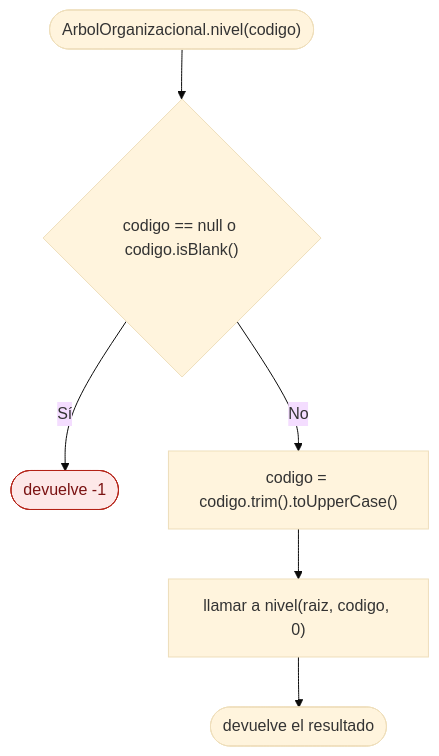
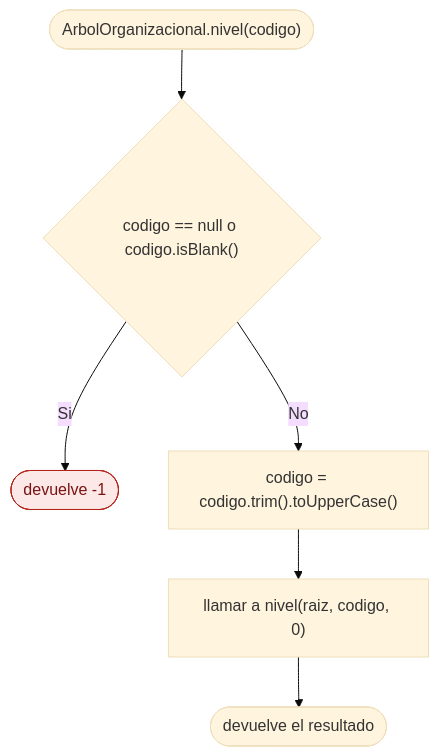
Before and after one commit to Damienq7w/APE3-Arboles-Integrado: the second of 3 diagrams in docs/diagramas-flujo/flujo_grado_nivel.md, drawn with Mermaid (base theme). The commit also changed other lines of this file and 1 other file, not shown here.

````diff
--- a/docs/diagramas-flujo/flujo_grado_nivel.md
+++ b/docs/diagramas-flujo/flujo_grado_nivel.md
@@ -50,10 +50,10 @@
 ```mermaid
 flowchart TD
     classDef fallo fill:#fde8e8,stroke:#b42318,color:#7a1212
     A(["ArbolOrganizacional.nivel(codigo)"]) --> B{"codigo == null o codigo.isBlank()"}
-    B -- Sí --> X(["devuelve -1"])
+    B -- Si --> X(["devuelve -1"])
     B -- No --> C["codigo = codigo.trim().toUpperCase()"]
     C --> D["llamar a nivel(raiz, codigo, 0)"]
     D --> E(["devuelve el resultado"])
     class X fallo
 ```
````
